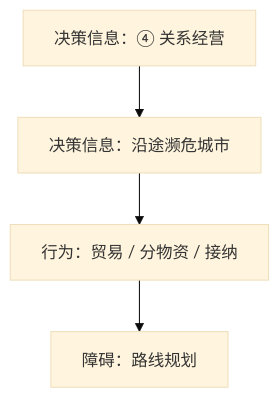
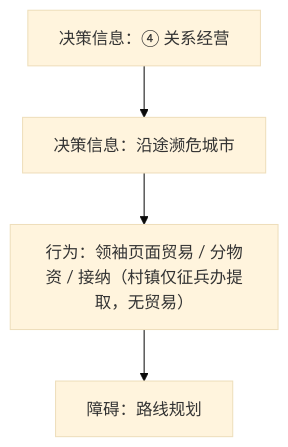
One commit to Estrella6066773/DriveToLight changed the fourth of 5 diagrams in Docs/01-草稿/交互链-循光之城-追渊光三四章.md. Above: the diagram before and after it, drawn with Mermaid (base theme). The commit also changed other lines of this file and 16 other files, not shown here.

````diff
--- a/Docs/01-草稿/交互链-循光之城-追渊光三四章.md
+++ b/Docs/01-草稿/交互链-循光之城-追渊光三四章.md
@@ -139,7 +139,7 @@
 ```mermaid
 flowchart TD
   D4["决策信息：④ 关系经营"]
   D4 --> D4city["决策信息：沿途濒危城市"]
-  D4city --> A4city["行为：贸易 / 分物资 / 接纳"]
+  D4city --> A4city["行为：领袖页面贸易 / 分物资 / 接纳（村镇仅征兵办提取，无贸易）"]
   A4city --> O_rp4city["障碍：路线规划"]
 ```
````
